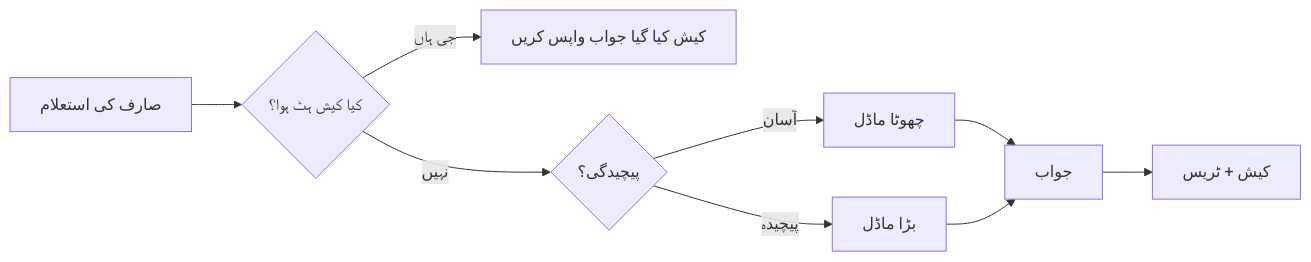
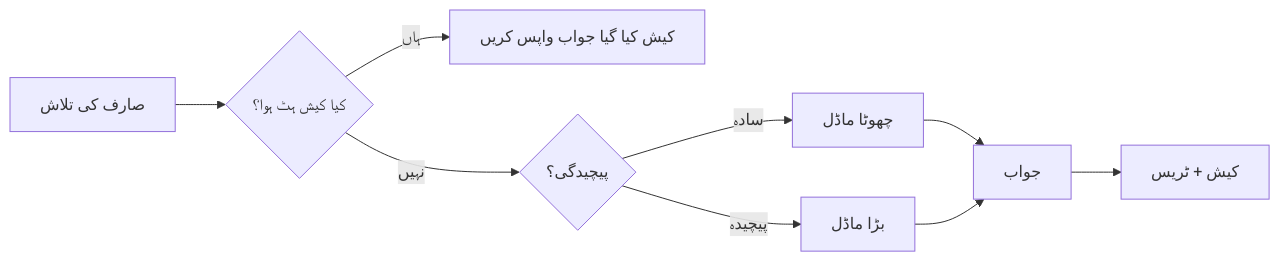
Before and after one commit to microsoft/ai-agents-for-beginners: the third of 4 diagrams in translations/ur/16-deploying-scalable-agents/README.md, drawn with Mermaid. The commit also changed other lines of this file and 47 other files, not shown here.

````diff
--- a/translations/ur/16-deploying-scalable-agents/README.md
+++ b/translations/ur/16-deploying-scalable-agents/README.md
@@ -134,11 +134,11 @@
 ```mermaid
 flowchart LR
-    Q[صارف کی استعلام] --> C{کیا کیش ہٹ ہوا؟}
-    C -->|جی ہاں| R[کیش کیا گیا جواب واپس کریں]
+    Q[صارف کی تلاش] --> C{کیا کیش ہٹ ہوا؟}
+    C -->|ہاں| R[کیش کیا گیا جواب واپس کریں]
     C -->|نہیں| Router{پیچیدگی؟}
-    Router -->|آسان| SLM[چھوٹا ماڈل]
+    Router -->|سادہ| SLM[چھوٹا ماڈل]
     Router -->|پیچیدہ| LLM[بڑا ماڈل]
     SLM --> Out[جواب]
     LLM --> Out
     Out --> Store[کیش + ٹریس]
 ```
````
